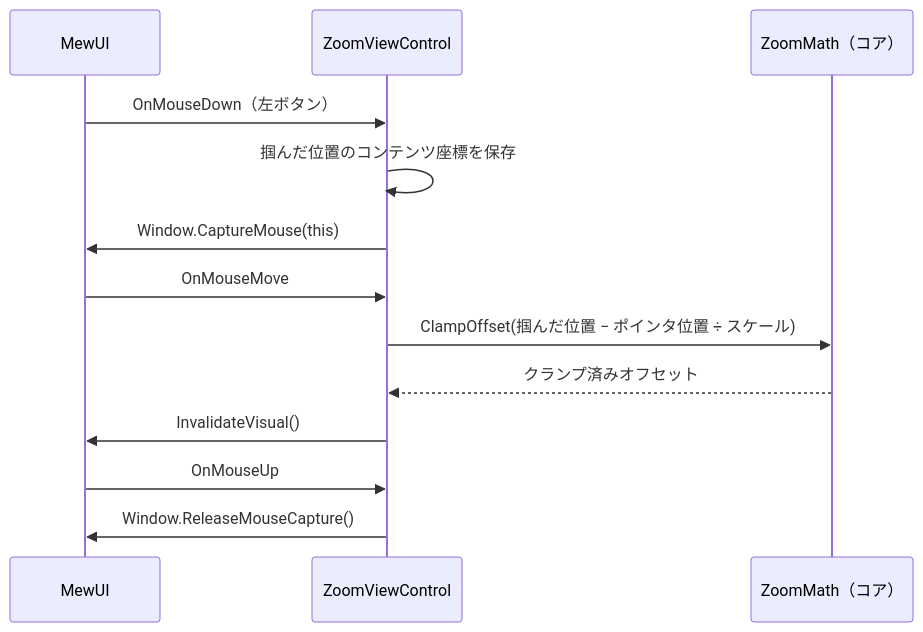
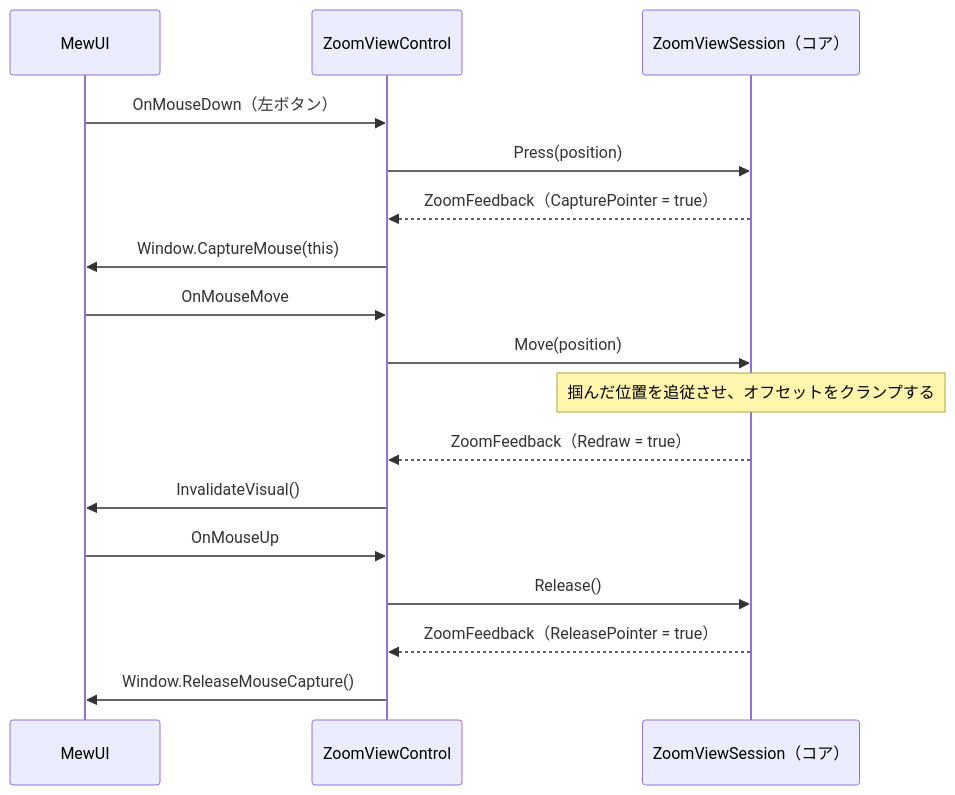
Before and after one commit to tomokuni/SaveEvidence: the third of 4 diagrams in src/ZoomViewControl.MewUI/SPEC_System.md, drawn with Mermaid. The commit also changed other lines of this file and 226 other files, not shown here.

````diff
--- a/src/ZoomViewControl.MewUI/SPEC_System.md
+++ b/src/ZoomViewControl.MewUI/SPEC_System.md
@@ -171,16 +167,20 @@
 ```mermaid
 sequenceDiagram
     participant MW as MewUI
     participant Z as ZoomViewControl
-    participant M as ZoomMath（コア）
+    participant S as ZoomViewSession（コア）
 
     MW->>Z: OnMouseDown（左ボタン）
-    Z->>Z: 掴んだ位置のコンテンツ座標を保存
+    Z->>S: Press(position)
+    S-->>Z: ZoomFeedback（CapturePointer = true）
     Z->>MW: Window.CaptureMouse(this)
     MW->>Z: OnMouseMove
-    Z->>M: ClampOffset(掴んだ位置 − ポインタ位置 ÷ スケール)
-    M-->>Z: クランプ済みオフセット
+    Z->>S: Move(position)
+    Note over S: 掴んだ位置を追従させ、オフセットをクランプする
+    S-->>Z: ZoomFeedback（Redraw = true）
     Z->>MW: InvalidateVisual()
     MW->>Z: OnMouseUp
+    Z->>S: Release()
+    S-->>Z: ZoomFeedback（ReleasePointer = true）
     Z->>MW: Window.ReleaseMouseCapture()
 ```
````
